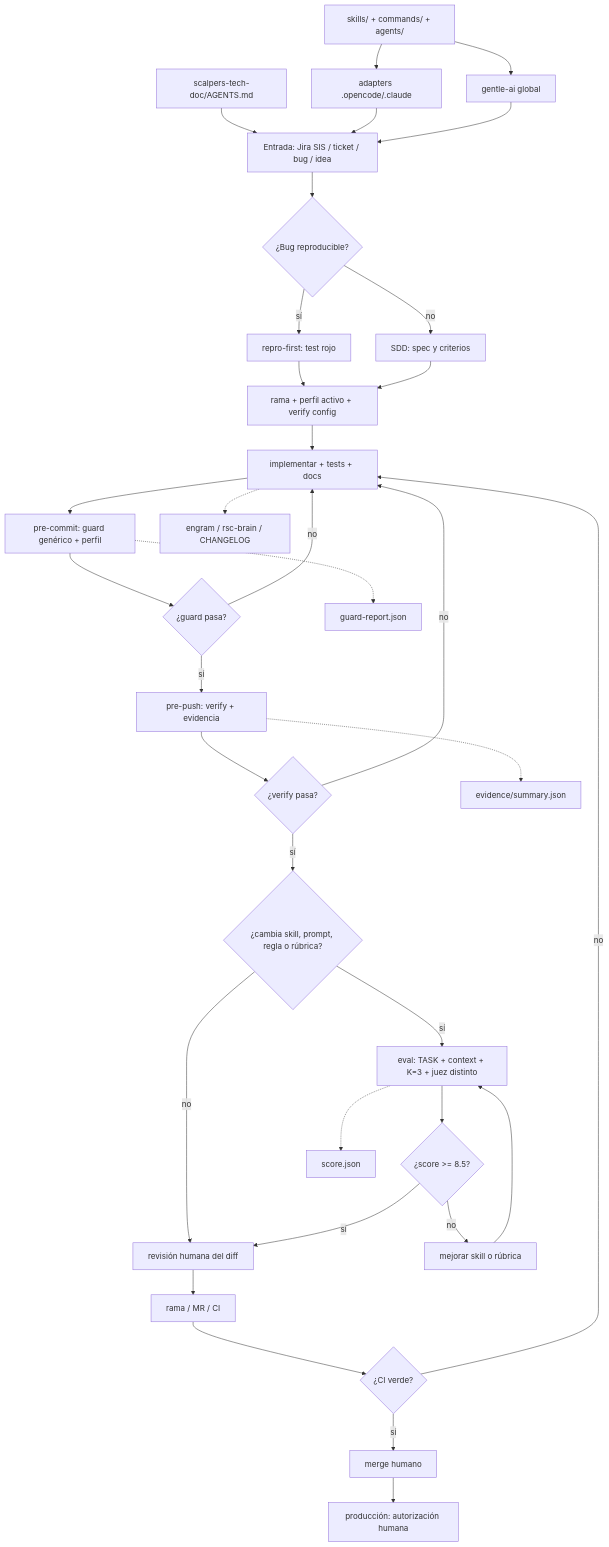
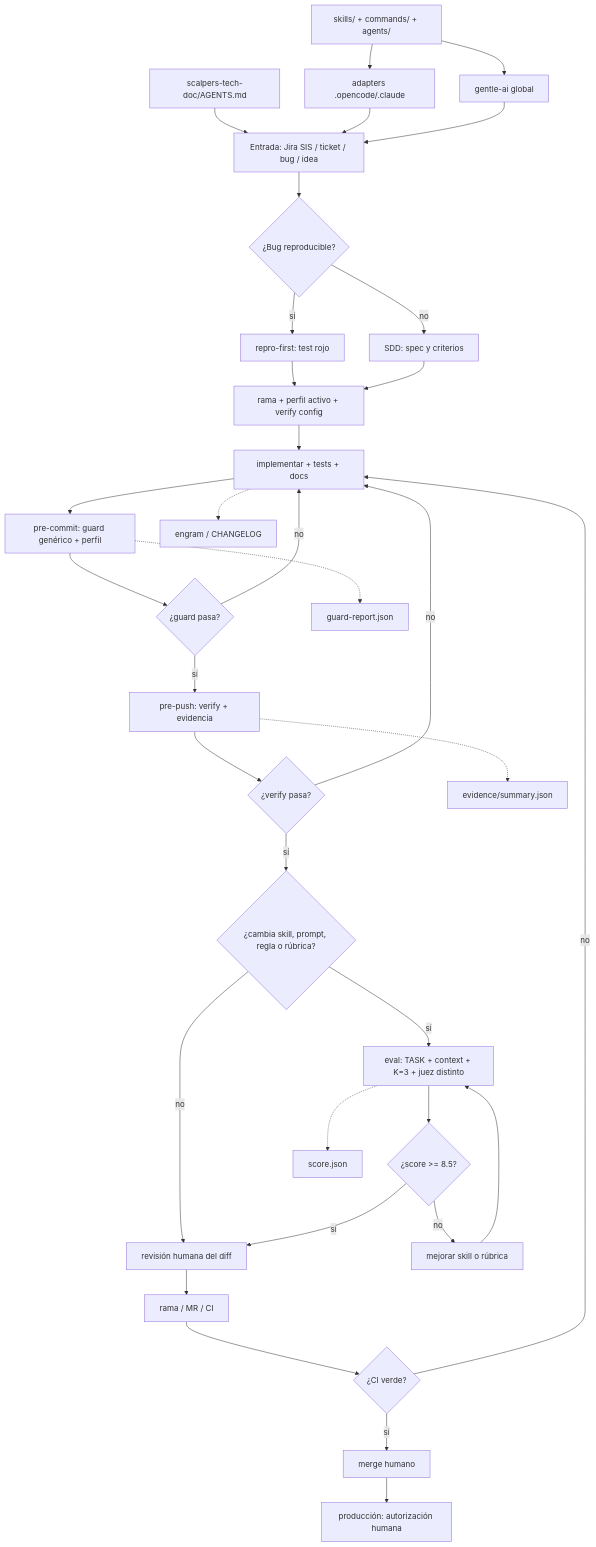
Before and after one commit to ScalpersCompany/dev-agent-kit: the second of 2 diagrams in docs/DIAGRAMA-SISTEMA.md, drawn with Mermaid. The commit also changed other lines of this file and 8 other files, not shown here.

Commit message:
docs: remove rsc-brain and keep engram local

````diff
--- a/docs/DIAGRAMA-SISTEMA.md
+++ b/docs/DIAGRAMA-SISTEMA.md
@@ -79,40 +77,40 @@
 ```mermaid
 flowchart TD
   N0[skills/ + commands/ + agents/] --> N1[adapters .opencode/.claude]
   N0 --> N2[gentle-ai global]
   N3[scalpers-tech-doc/AGENTS.md] --> A[Entrada: Jira SIS / ticket / bug / idea]
   N1 --> A
   N2 --> A
 
   A --> B{¿Bug reproducible?}
   B -->|sí| C[repro-first: test rojo]
   B -->|no| D[SDD: spec y criterios]
   C --> E[rama + perfil activo + verify config]
   D --> E
   E --> F[implementar + tests + docs]
 
   F --> G[pre-commit: guard genérico + perfil]
   G --> H{¿guard pasa?}
   H -->|no| F
   H -->|sí| I[pre-push: verify + evidencia]
   I --> J{¿verify pasa?}
   J -->|no| F
   J -->|sí| K{¿cambia skill, prompt, regla o rúbrica?}
 
   K -->|no| L[revisión humana del diff]
   K -->|sí| M[eval: TASK + context + K=3 + juez distinto]
   M --> N{¿score >= 8.5?}
   N -->|no| O[mejorar skill o rúbrica] --> M
   N -->|sí| L
 
   L --> P[rama / MR / CI]
   P --> Q{¿CI verde?}
   Q -->|no| F
   Q -->|sí| R[merge humano]
   R --> S[producción: autorización humana]
 
-  F -.-> T[engram / rsc-brain / CHANGELOG]
+  F -.-> T[engram / CHANGELOG]
   G -.-> U[guard-report.json]
   I -.-> V[evidence/summary.json]
   M -.-> W[score.json]
 ```
````
